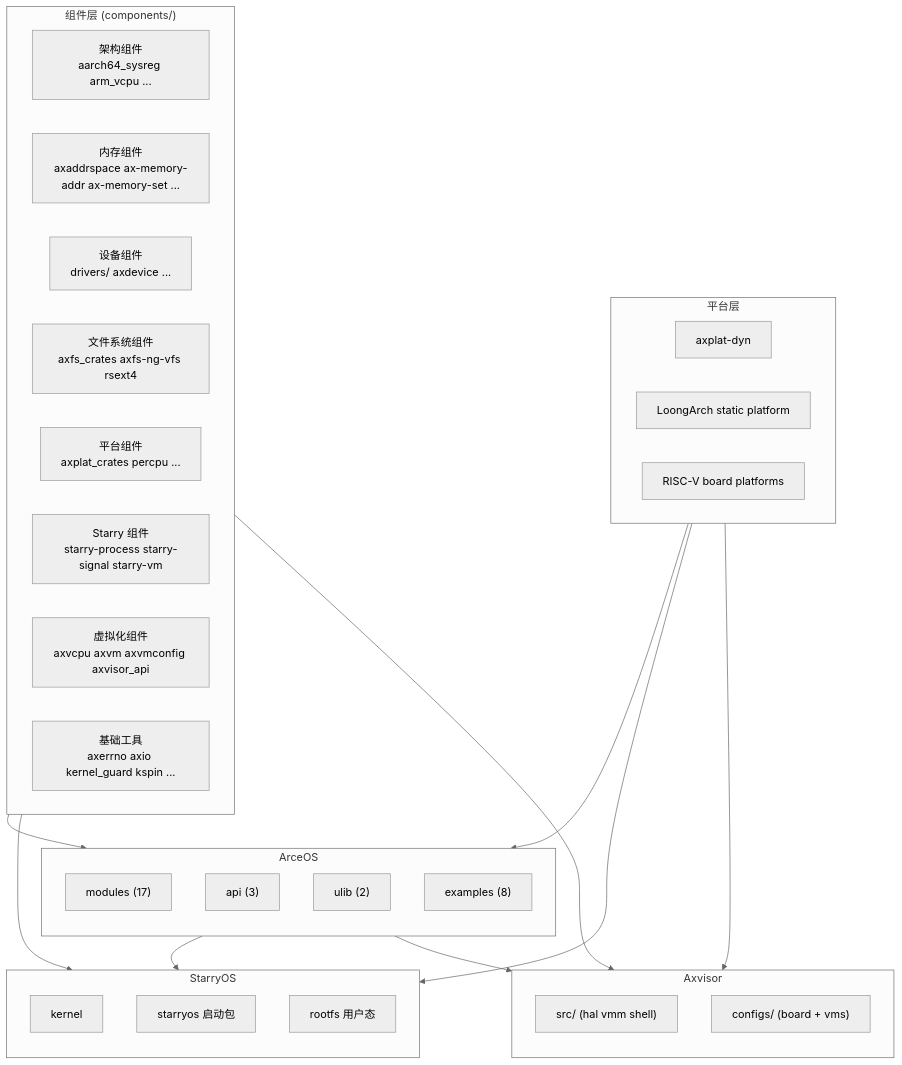
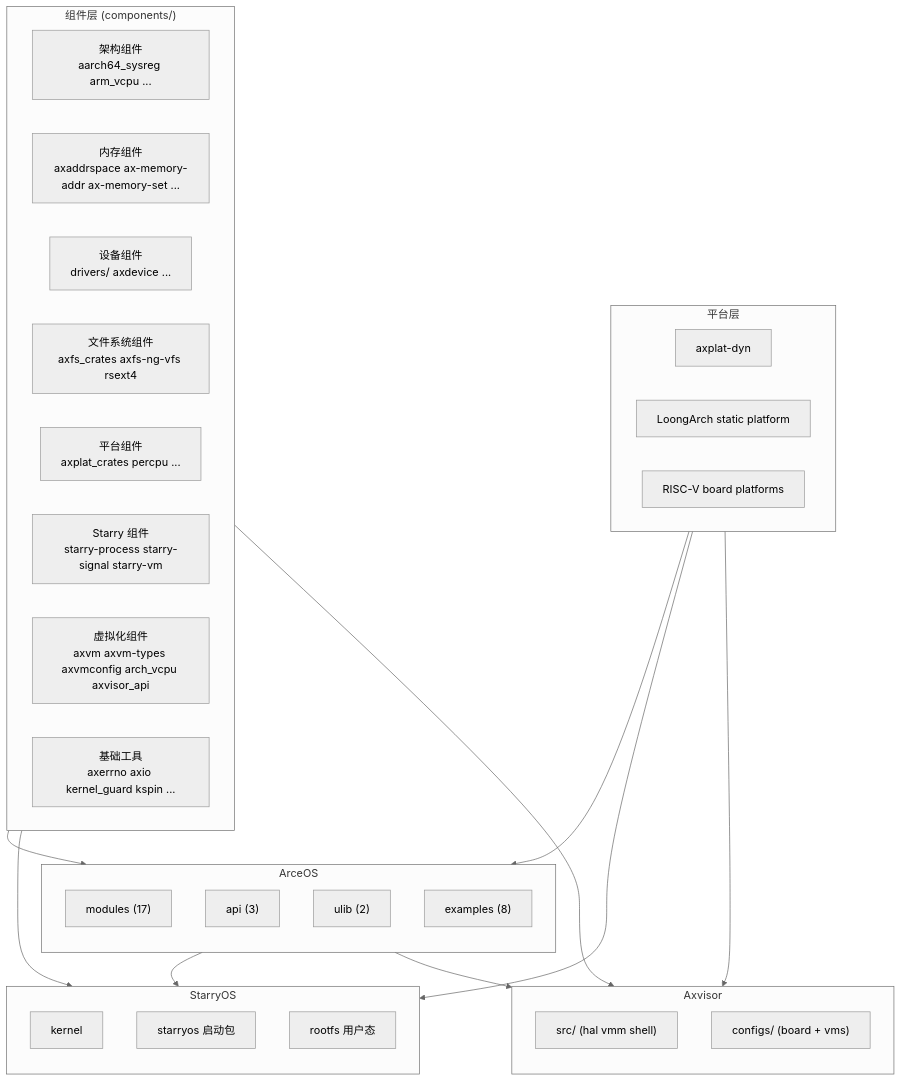
The first of 2 diagrams in docs/docs/architecture/overview.md (rcore-os/tgoskits), drawn with Mermaid (neutral theme) before and after one commit. The commit also changed other lines of this file and 79 other files, not shown here.

Commit message:
refactor(axvm): decouple vcpu backends

````diff
--- a/docs/docs/architecture/overview.md
+++ b/docs/docs/architecture/overview.md
@@ -10,51 +10,51 @@
 ```mermaid
 flowchart TD
     subgraph Components["组件层 (components/)"]
         direction LR
         C1["架构组件<br/>aarch64_sysreg arm_vcpu ..."]
         C2["内存组件<br/>axaddrspace ax-memory-addr ax-memory-set ..."]
         C3["设备组件<br/>drivers/ axdevice ..."]
         C4["文件系统组件<br/>axfs_crates axfs-ng-vfs rsext4"]
         C5["平台组件<br/>axplat_crates percpu ..."]
         C6["Starry 组件<br/>starry-process starry-signal starry-vm"]
-        C7["虚拟化组件<br/>axvcpu axvm axvmconfig axvisor_api"]
+        C7["虚拟化组件<br/>axvm axvm-types axvmconfig arch_vcpu axvisor_api"]
         C8["基础工具<br/>axerrno axio kernel_guard kspin ..."]
     end
 
     subgraph ArceOS["ArceOS"]
         direction TB
         AM["modules (17)"]
         AA["api (3)"]
         AU["ulib (2)"]
         AX["examples (8)"]
     end
 
     subgraph StarryOS["StarryOS"]
         direction TB
         SK["kernel"]
         SP["starryos 启动包"]
         SR["rootfs 用户态"]
     end
 
     subgraph Axvisor["Axvisor"]
         direction TB
         AV["src/ (hal vmm shell)"]
         AC["configs/ (board + vms)"]
     end
 
     subgraph Platform["平台层"]
         direction LR
         P1["axplat-dyn"]
         P2["LoongArch static platform"]
         P3["RISC-V board platforms"]
     end
 
     Components --> ArceOS
     Components --> StarryOS
     Components --> Axvisor
     ArceOS --> StarryOS
     ArceOS --> Axvisor
     Platform --> ArceOS
     Platform --> StarryOS
     Platform --> Axvisor
 ```
````
